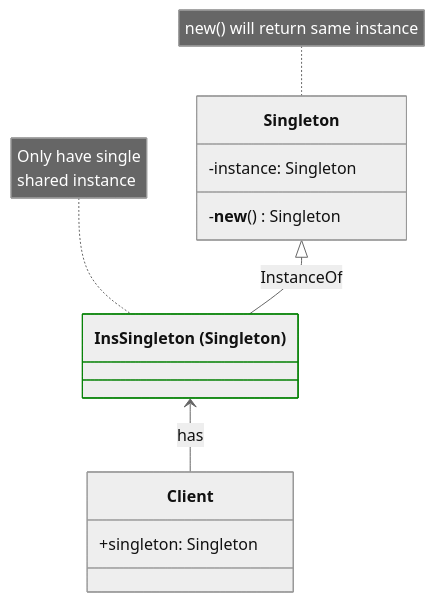
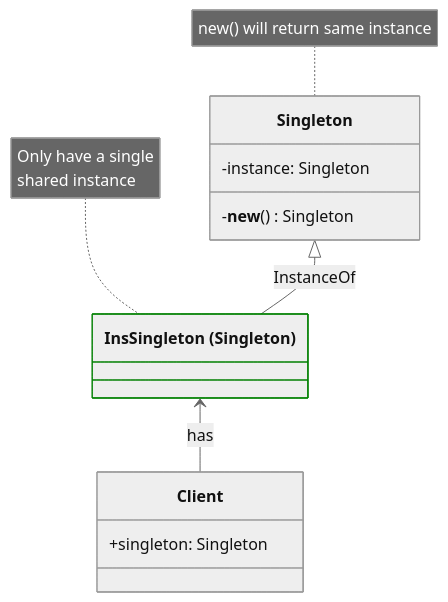
Before and after one commit to arunnambyar/tutorials: the first of 2 diagrams in design_patterns/docs/1000_singleton.md, drawn with Mermaid (neutral theme). The commit also changed other lines of this file and 8 other files, not shown here.

````diff
--- a/design_patterns/docs/1000_singleton.md
+++ b/design_patterns/docs/1000_singleton.md
@@ -29,23 +29,23 @@
 ```mermaid
 classDiagram
     direction TB
 
     class Singleton{
         -instance: Singleton
         -__new__() Singleton
     }
 
     class InsSingleton["InsSingleton (Singleton)"] {
     }
     style InsSingleton stroke:green
 
     class Client{
         +singleton: Singleton
     }
 
     Singleton <|-- InsSingleton : InstanceOf
-    note for InsSingleton "Only have single<br>shared instance"
+    InsSingleton <-- Client: has
+
+    note for InsSingleton "Only have a single<br>shared instance"
     note for Singleton "new() will return same instance"
-
-    InsSingleton <-- Client: has
 ```
````
